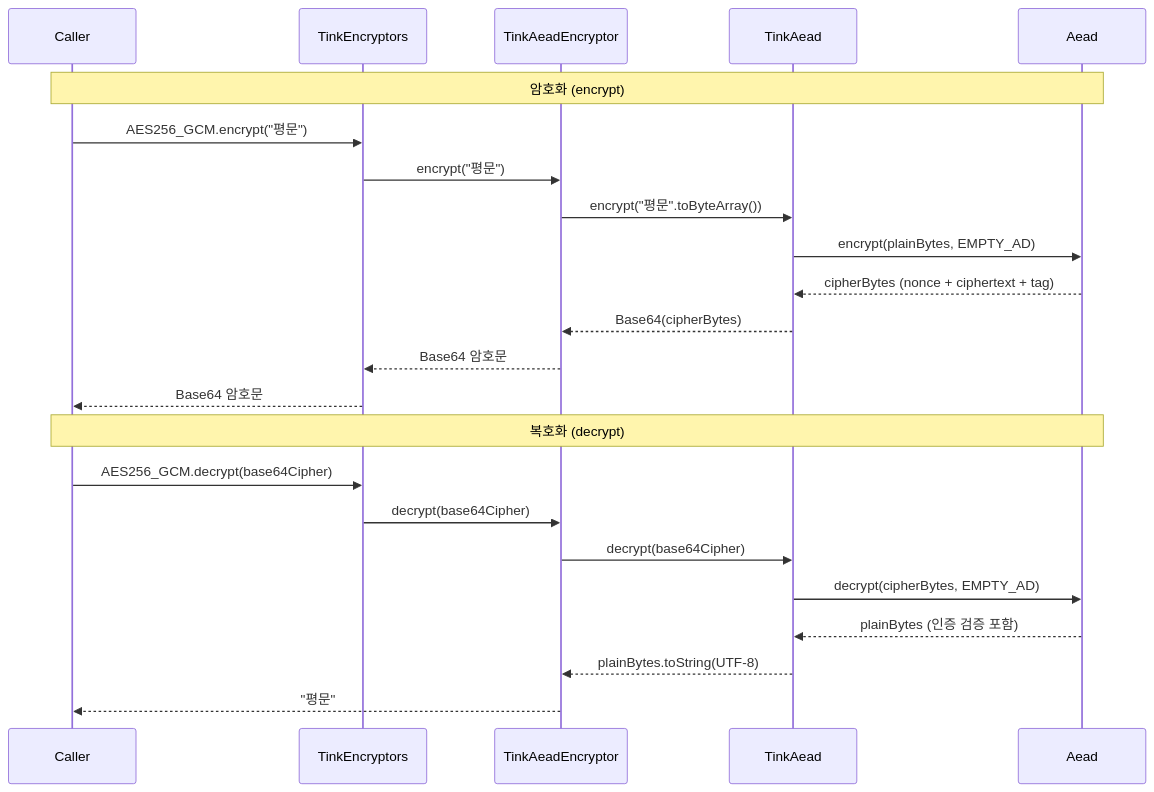
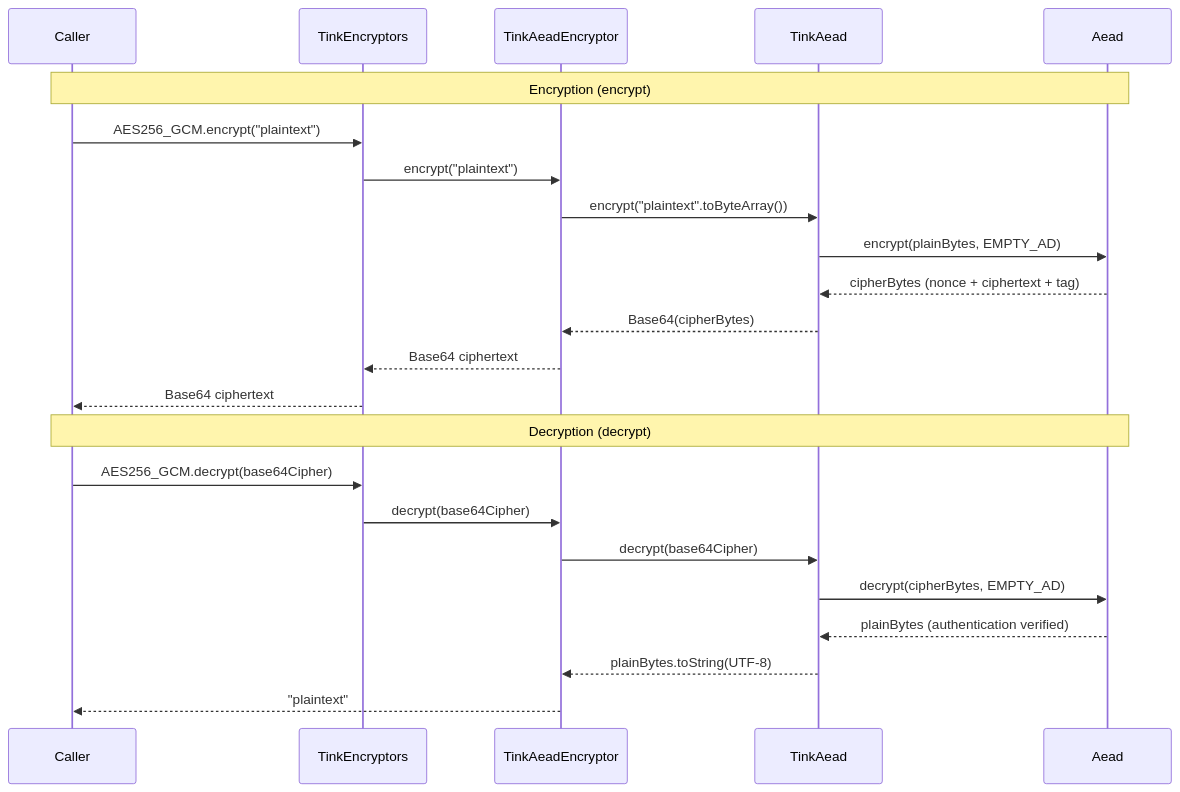
The second of 2 diagrams in io/tink/README.md (bluetape4k/bluetape4k-projects), drawn with Mermaid before and after one commit. The commit also changed other lines of this file and 265 other files, not shown here.

````diff
--- a/io/tink/README.md
+++ b/io/tink/README.md
@@ -351,27 +352,27 @@
 ```mermaid
 sequenceDiagram
     participant Caller
     participant TinkEncryptors
     participant TinkAeadEncryptor
     participant TinkAead
     participant Aead
 
-    Note over Caller,Aead: 암호화 (encrypt)
-    Caller->>TinkEncryptors: AES256_GCM.encrypt("평문")
-    TinkEncryptors->>TinkAeadEncryptor: encrypt("평문")
-    TinkAeadEncryptor->>TinkAead: encrypt("평문".toByteArray())
+    Note over Caller,Aead: Encryption (encrypt)
+    Caller->>TinkEncryptors: AES256_GCM.encrypt("plaintext")
+    TinkEncryptors->>TinkAeadEncryptor: encrypt("plaintext")
+    TinkAeadEncryptor->>TinkAead: encrypt("plaintext".toByteArray())
     TinkAead->>Aead: encrypt(plainBytes, EMPTY_AD)
     Aead-->>TinkAead: cipherBytes (nonce + ciphertext + tag)
     TinkAead-->>TinkAeadEncryptor: Base64(cipherBytes)
-    TinkAeadEncryptor-->>TinkEncryptors: Base64 암호문
-    TinkEncryptors-->>Caller: Base64 암호문
+    TinkAeadEncryptor-->>TinkEncryptors: Base64 ciphertext
+    TinkEncryptors-->>Caller: Base64 ciphertext
 
-    Note over Caller,Aead: 복호화 (decrypt)
+    Note over Caller,Aead: Decryption (decrypt)
     Caller->>TinkEncryptors: AES256_GCM.decrypt(base64Cipher)
     TinkEncryptors->>TinkAeadEncryptor: decrypt(base64Cipher)
     TinkAeadEncryptor->>TinkAead: decrypt(base64Cipher)
     TinkAead->>Aead: decrypt(cipherBytes, EMPTY_AD)
-    Aead-->>TinkAead: plainBytes (인증 검증 포함)
+    Aead-->>TinkAead: plainBytes (authentication verified)
     TinkAead-->>TinkAeadEncryptor: plainBytes.toString(UTF-8)
-    TinkAeadEncryptor-->>Caller: "평문"
+    TinkAeadEncryptor-->>Caller: "plaintext"
 ```
````
